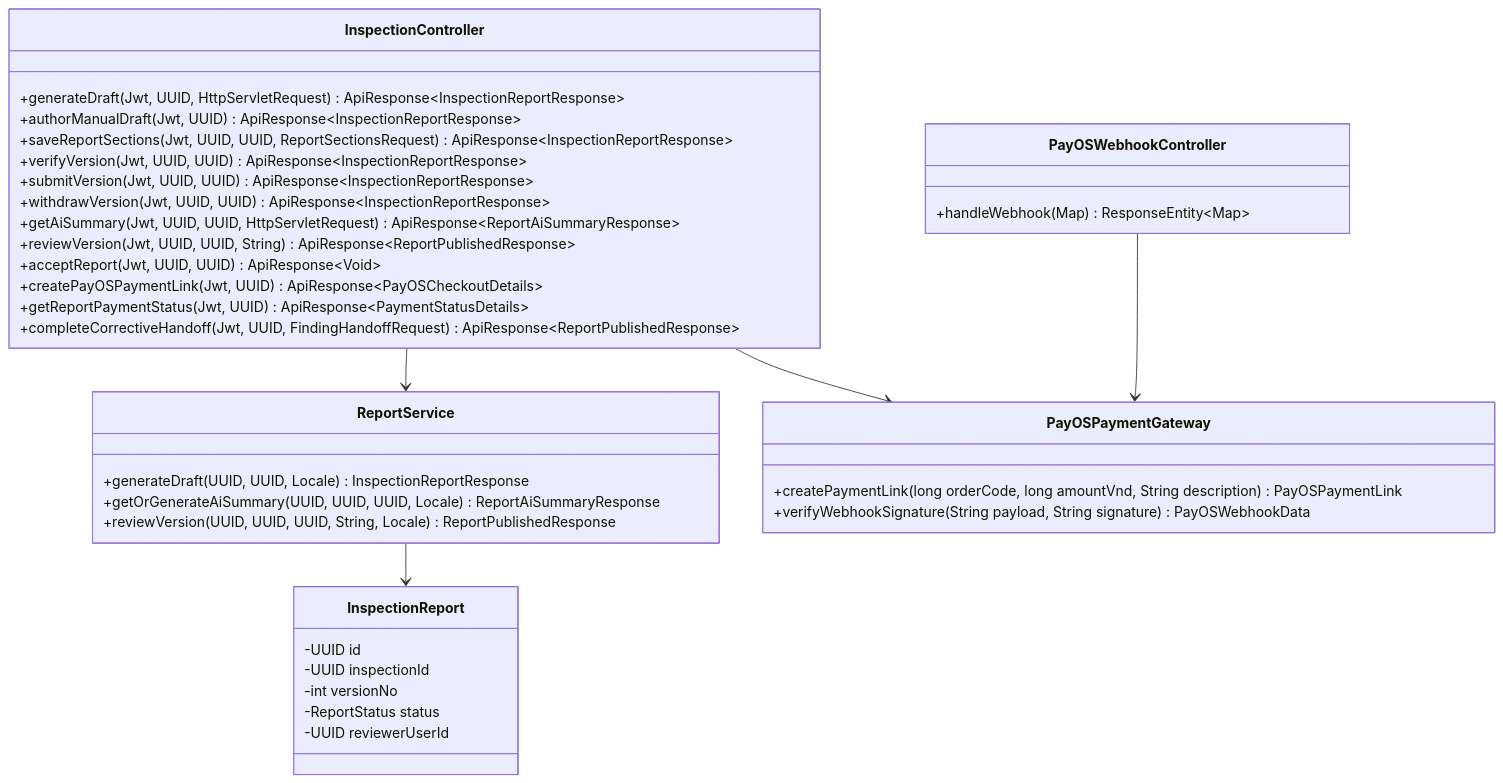
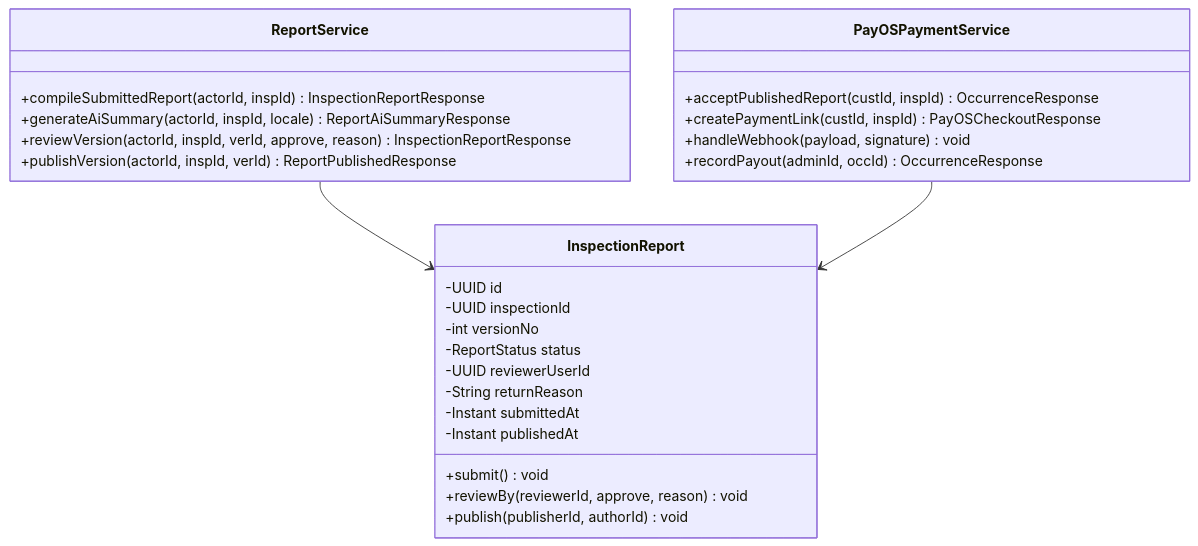
One commit to josecerejo/SmartDroneInspection-Docs changed diagram 16 of 23 in reports/report-4-software-design-document/03-detailed-design.md. Above: the diagram before and after it, drawn with Mermaid. The commit also changed other lines of this file and 205 other files, not shown here.

First line of the commit message:
docs(reports): synchronize Report 1-5 changes, update diagrams, and clean exports (#88)

````diff
--- a/reports/report-4-software-design-document/03-detailed-design.md
+++ b/reports/report-4-software-design-document/03-detailed-design.md
@@ -739,41 +687,31 @@
 ```mermaid
-%% title: Inspection Report Review, Publication and PayOS Class Diagram
+%% title: FE-06 Inspection Report, Publication and Online Payment Class Diagram
 classDiagram
-  class InspectionController {
-    +generateDraft(Jwt, UUID, HttpServletRequest) ApiResponse~InspectionReportResponse~
-    +authorManualDraft(Jwt, UUID) ApiResponse~InspectionReportResponse~
-    +saveReportSections(Jwt, UUID, UUID, ReportSectionsRequest) ApiResponse~InspectionReportResponse~
-    +verifyVersion(Jwt, UUID, UUID) ApiResponse~InspectionReportResponse~
-    +submitVersion(Jwt, UUID, UUID) ApiResponse~InspectionReportResponse~
-    +withdrawVersion(Jwt, UUID, UUID) ApiResponse~InspectionReportResponse~
-    +getAiSummary(Jwt, UUID, UUID, HttpServletRequest) ApiResponse~ReportAiSummaryResponse~
-    +reviewVersion(Jwt, UUID, UUID, String) ApiResponse~ReportPublishedResponse~
-    +acceptReport(Jwt, UUID, UUID) ApiResponse~Void~
-    +createPayOSPaymentLink(Jwt, UUID) ApiResponse~PayOSCheckoutDetails~
-    +getReportPaymentStatus(Jwt, UUID) ApiResponse~PaymentStatusDetails~
-    +completeCorrectiveHandoff(Jwt, UUID, FindingHandoffRequest) ApiResponse~ReportPublishedResponse~
+  class ReportService {
+    +compileSubmittedReport(actorId, inspId) InspectionReportResponse
+    +generateAiSummary(actorId, inspId, locale) ReportAiSummaryResponse
+    +reviewVersion(actorId, inspId, verId, approve, reason) InspectionReportResponse
+    +publishVersion(actorId, inspId, verId) ReportPublishedResponse
   }
-  class ReportService {
-    +generateDraft(UUID, UUID, Locale) InspectionReportResponse
-    +getOrGenerateAiSummary(UUID, UUID, UUID, Locale) ReportAiSummaryResponse
-    +reviewVersion(UUID, UUID, UUID, String, Locale) ReportPublishedResponse
-  }
-  class PayOSPaymentGateway {
-    +createPaymentLink(long orderCode, long amountVnd, String description) PayOSPaymentLink
-    +verifyWebhookSignature(String payload, String signature) PayOSWebhookData
-  }
-  class PayOSWebhookController {
-    +handleWebhook(Map) ResponseEntity~Map~
+  class PayOSPaymentService {
+    +acceptPublishedReport(custId, inspId) OccurrenceResponse
+    +createPaymentLink(custId, inspId) PayOSCheckoutResponse
+    +handleWebhook(payload, signature) void
+    +recordPayout(adminId, occId) OccurrenceResponse
   }
   class InspectionReport {
     -UUID id
     -UUID inspectionId
     -int versionNo
     -ReportStatus status
     -UUID reviewerUserId
+    -String returnReason
+    -Instant submittedAt
+    -Instant publishedAt
+    +submit() void
+    +reviewBy(reviewerId, approve, reason) void
+    +publish(publisherId, authorId) void
   }
-  InspectionController --> ReportService
   ReportService --> InspectionReport
-  InspectionController --> PayOSPaymentGateway
-  PayOSWebhookController --> PayOSPaymentGateway
+  PayOSPaymentService --> InspectionReport
 ```
````
